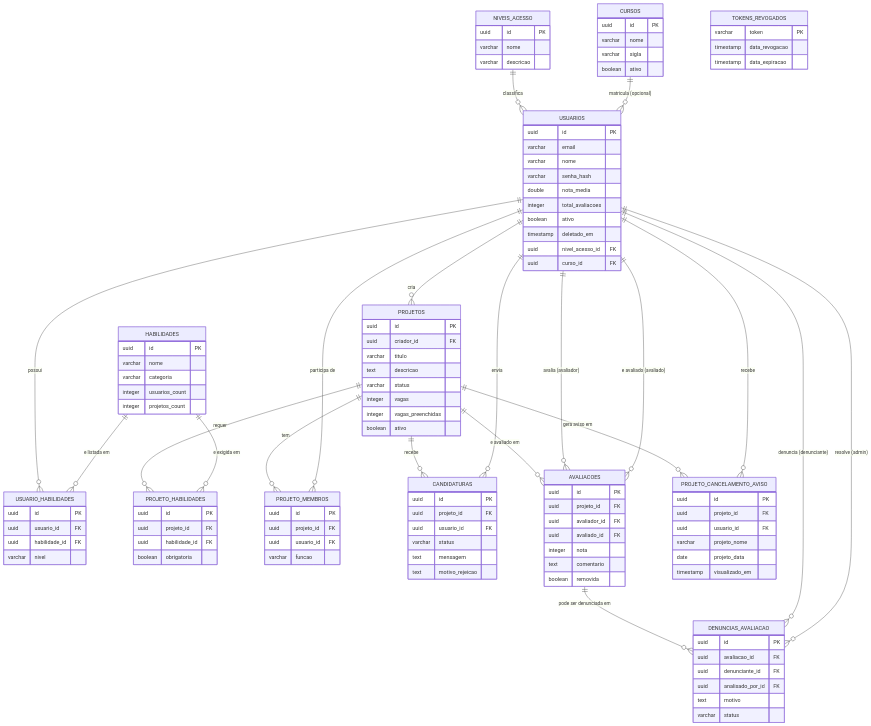
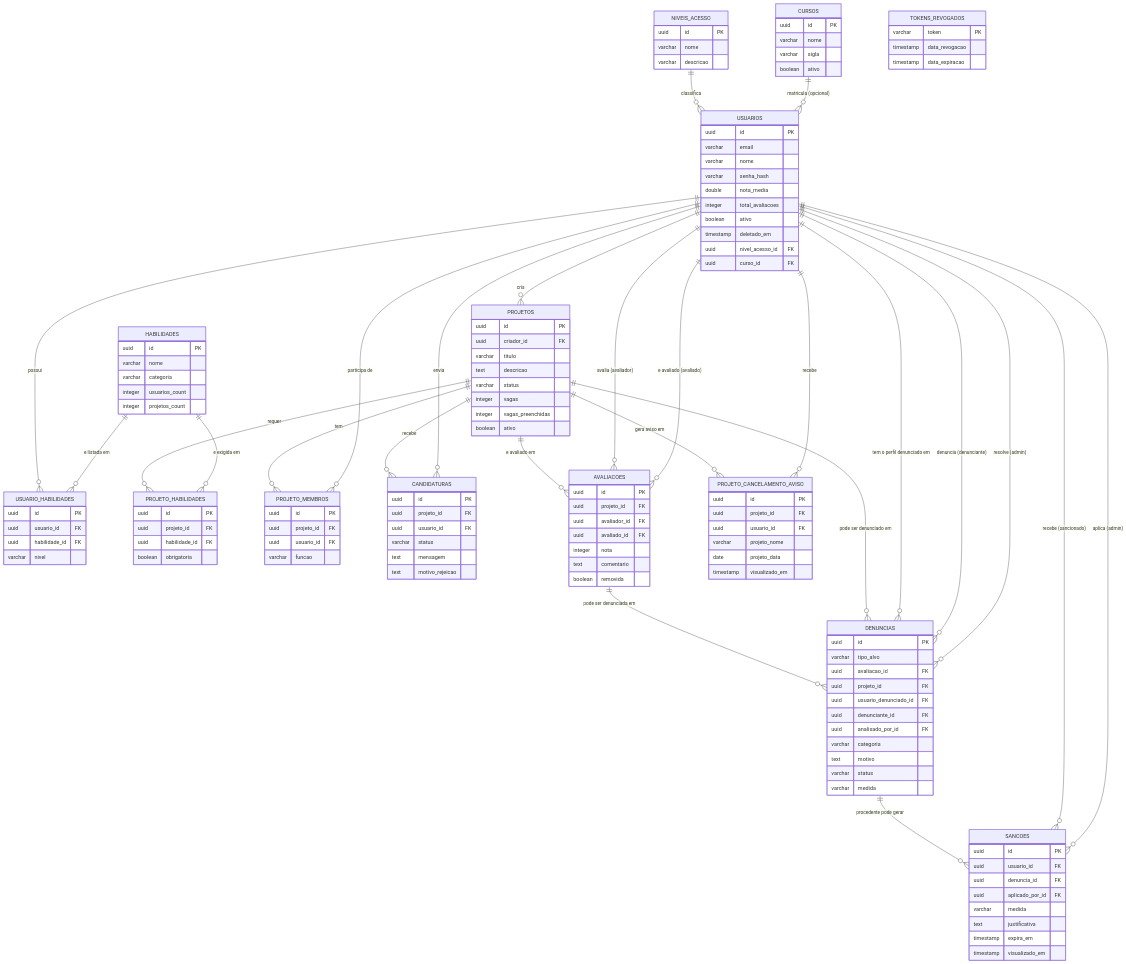
One commit to AcademicoPlus/Academico-Plus changed the first of 3 diagrams in docs/diagramas.md. Above: the diagram before and after it, drawn with Mermaid. The commit also changed other lines of this file and 49 other files, not shown here.

Commit message:
feat: adicionando denuncia de projeto e de usuario

````diff
--- a/docs/diagramas.md
+++ b/docs/diagramas.md
@@ -138,13 +138,28 @@
         text comentario
         boolean removida
     }
-    DENUNCIAS_AVALIACAO {
+    DENUNCIAS {
         uuid id PK
+        varchar tipo_alvo
         uuid avaliacao_id FK
+        uuid projeto_id FK
+        uuid usuario_denunciado_id FK
         uuid denunciante_id FK
         uuid analisado_por_id FK
+        varchar categoria
         text motivo
         varchar status
+        varchar medida
+    }
+    SANCOES {
+        uuid id PK
+        uuid usuario_id FK
+        uuid denuncia_id FK
+        uuid aplicado_por_id FK
+        varchar medida
+        text justificativa
+        timestamp expira_em
+        timestamp visualizado_em
     }
     PROJETO_CANCELAMENTO_AVISO {
         uuid id PK
@@ -174,9 +189,14 @@
     PROJETOS ||--o{ AVALIACOES : "e avaliado em"
     USUARIOS ||--o{ AVALIACOES : "avalia (avaliador)"
     USUARIOS ||--o{ AVALIACOES : "e avaliado (avaliado)"
-    AVALIACOES ||--o{ DENUNCIAS_AVALIACAO : "pode ser denunciada em"
-    USUARIOS ||--o{ DENUNCIAS_AVALIACAO : "denuncia (denunciante)"
-    USUARIOS ||--o{ DENUNCIAS_AVALIACAO : "resolve (admin)"
+    AVALIACOES ||--o{ DENUNCIAS : "pode ser denunciada em"
+    PROJETOS ||--o{ DENUNCIAS : "pode ser denunciado em"
+    USUARIOS ||--o{ DENUNCIAS : "tem o perfil denunciado em"
+    USUARIOS ||--o{ DENUNCIAS : "denuncia (denunciante)"
+    USUARIOS ||--o{ DENUNCIAS : "resolve (admin)"
+    DENUNCIAS ||--o{ SANCOES : "procedente pode gerar"
+    USUARIOS ||--o{ SANCOES : "recebe (sancionado)"
+    USUARIOS ||--o{ SANCOES : "aplica (admin)"
     PROJETOS ||--o{ PROJETO_CANCELAMENTO_AVISO : "gera aviso em"
     USUARIOS ||--o{ PROJETO_CANCELAMENTO_AVISO : recebe
 ```
````
